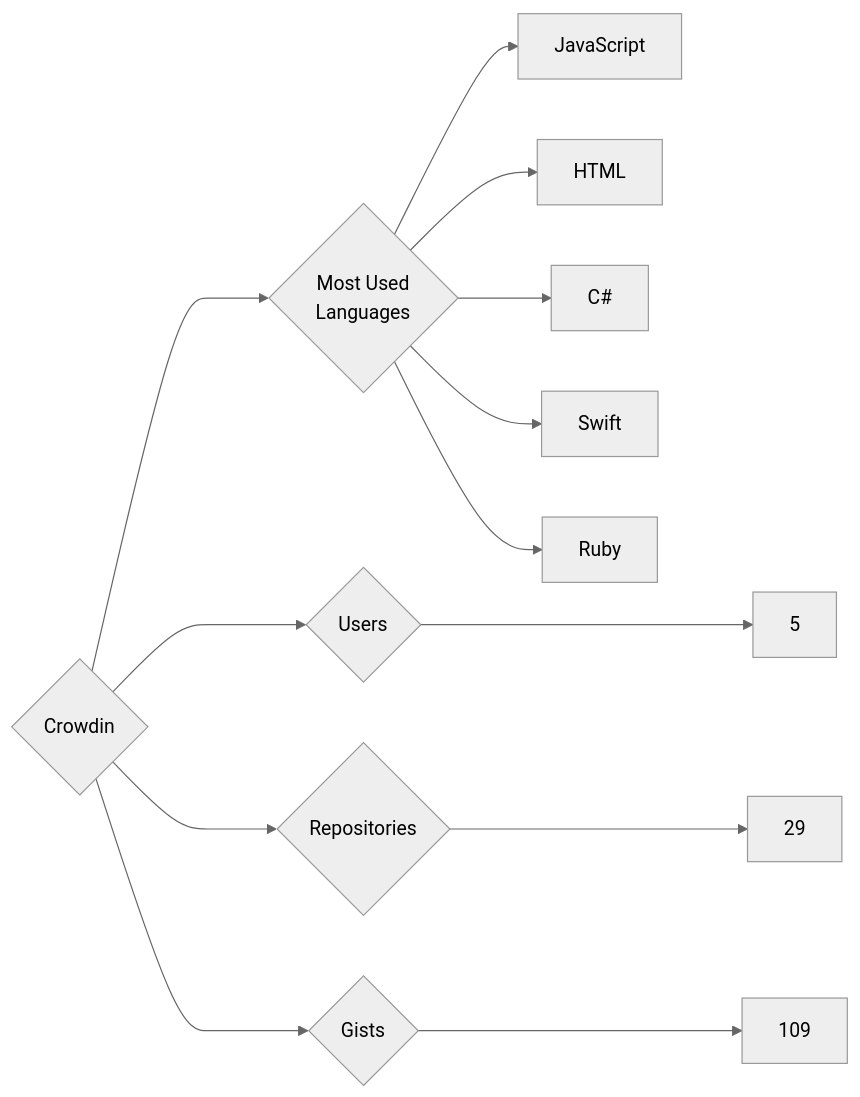
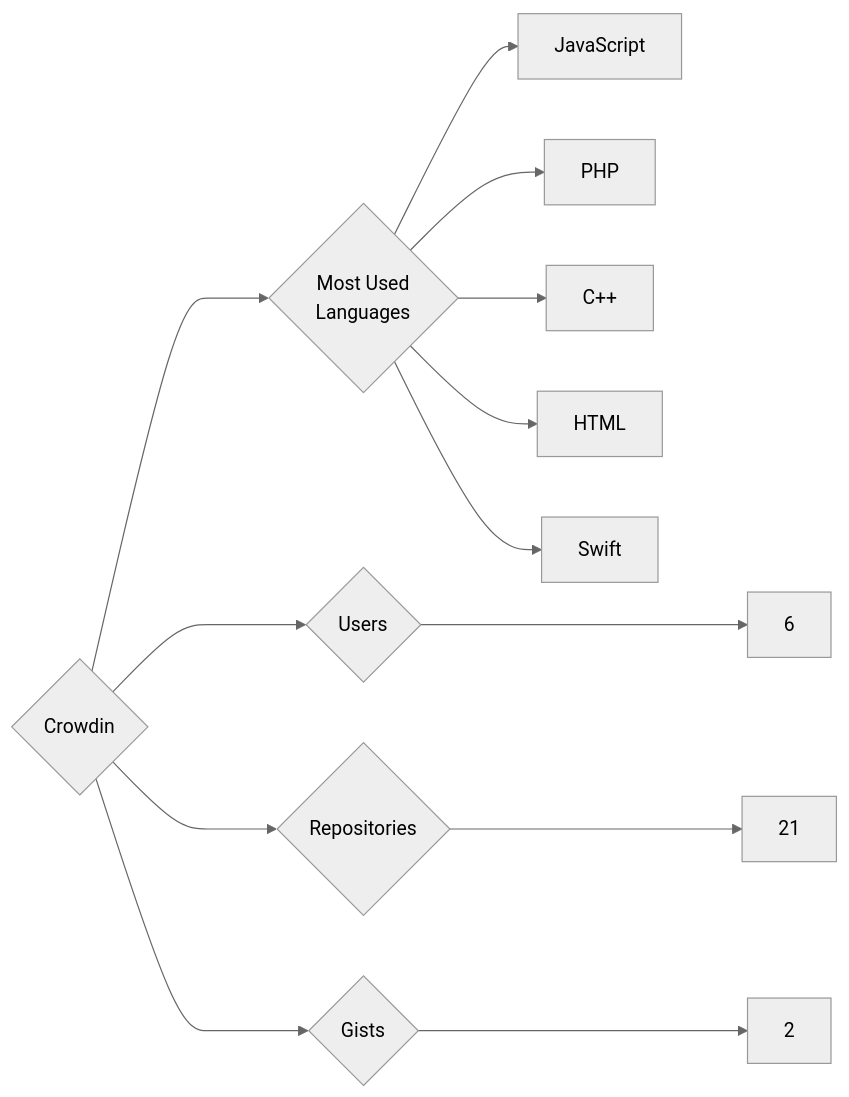
Before and after one commit to trickest/insiders: the diagram in targets/Crowdin/README.md, drawn with Mermaid (neutral theme). The commit also changed 1023 other files, not shown here.

````diff
--- a/targets/Crowdin/README.md
+++ b/targets/Crowdin/README.md
@@ -3,13 +3,13 @@
 ```mermaid
 graph LR
 COMPANY_NAME{Crowdin}
-COMPANY_NAME ---> U{Users} ---> UN[5]
-COMPANY_NAME ---> R{Repositories} ---> RN[29]
-COMPANY_NAME ---> G{Gists} ---> GN[109]
+COMPANY_NAME ---> U{Users} ---> UN[6]
+COMPANY_NAME ---> R{Repositories} ---> RN[21]
+COMPANY_NAME ---> G{Gists} ---> GN[2]
 COMPANY_NAME ---> ML{Most Used<br>Languages}
 ML --> JavaScript[JavaScript]
+ML --> PHP[PHP]
+ML --> C++[C++]
 ML --> HTML[HTML]
-ML --> C#[C#]
 ML --> Swift[Swift]
-ML --> Ruby[Ruby]
 ```
````
